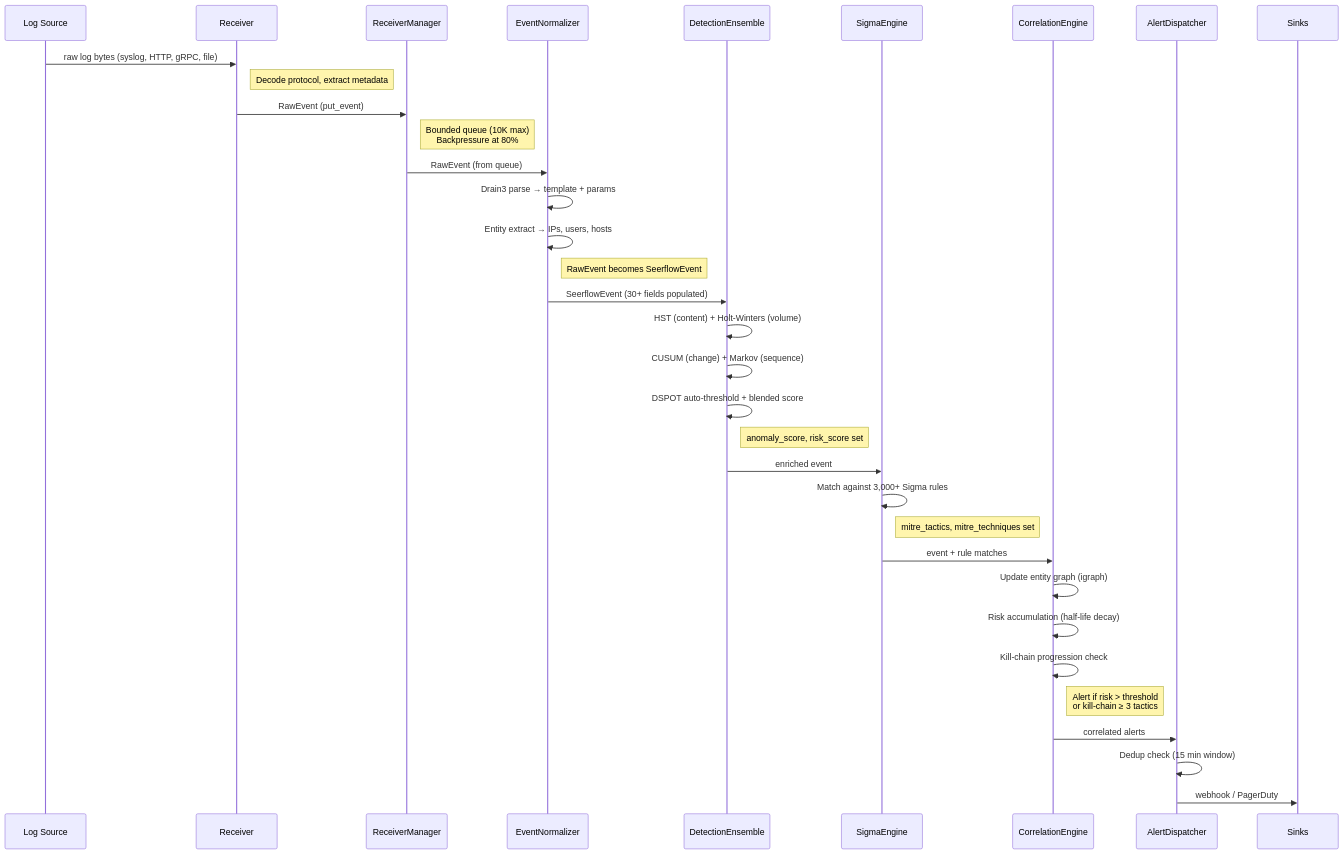
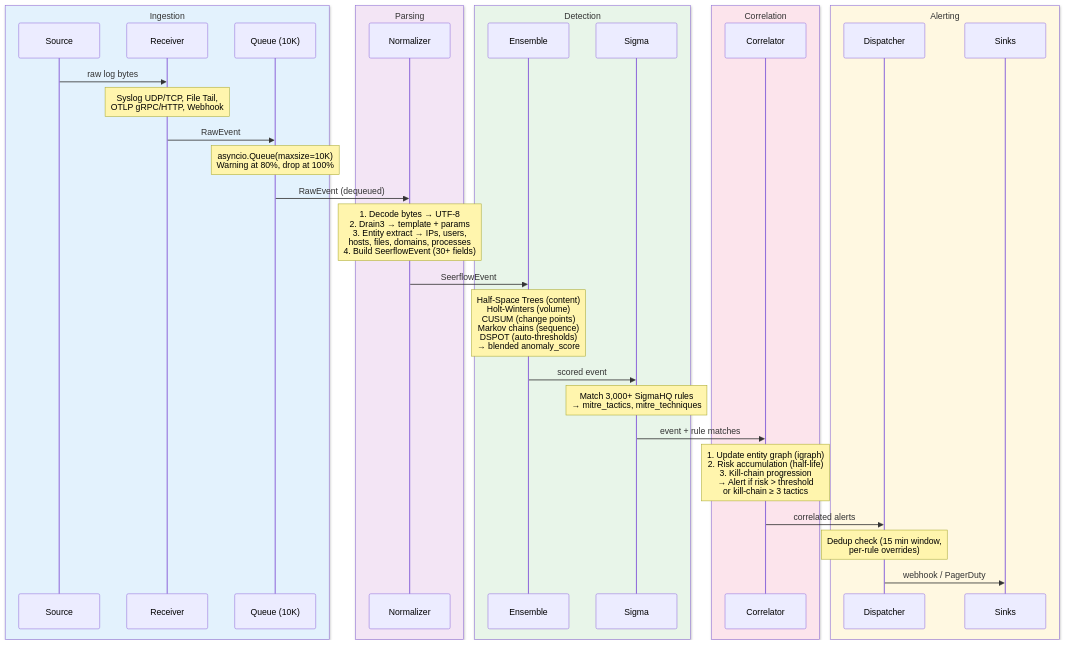
Before and after one commit to seerflow/seerflow-guide: the diagram in docs/architecture/pipeline.md, drawn with Mermaid. The commit also changed 2 other files, not shown here.

Commit message:
fix: diagram readability — larger Pipeline Overview, boxed Event Lifecycle, high-contrast Drain3 tree
- index.md: Pipeline Overview nodes expanded with 3-line descriptions, color-coded per stage
- pipeline.md: Event Lifecycle uses colored participant boxes with detailed Note annotations
- parsing.md: Cluster 42 uses dark green fill with white text (was pale green with invisible text)

````diff
--- a/docs/architecture/pipeline.md
+++ b/docs/architecture/pipeline.md
@@ -29,37 +29,43 @@
 ```mermaid
 sequenceDiagram
-    participant LS as Log Source
-    participant R as Receiver
-    participant RM as ReceiverManager
-    participant N as EventNormalizer
-    participant DE as DetectionEnsemble
-    participant SE as SigmaEngine
-    participant CE as CorrelationEngine
-    participant AD as AlertDispatcher
-    participant S as Sinks
+    box rgb(227,242,253) Ingestion
+        participant Source
+        participant Recv as Receiver
+        participant Queue as Queue (10K)
+    end
+    box rgb(243,229,245) Parsing
+        participant Norm as Normalizer
+    end
+    box rgb(232,245,233) Detection
+        participant Det as Ensemble
+        participant Sigma
+    end
+    box rgb(252,228,236) Correlation
+        participant Corr as Correlator
+    end
+    box rgb(255,248,225) Alerting
+        participant Alert as Dispatcher
+        participant Sink as Sinks
+    end
 
-    LS->>R: raw log bytes (syslog, HTTP, gRPC, file)
-    Note right of R: Decode protocol, extract metadata
-    R->>RM: RawEvent (put_event)
-    Note right of RM: Bounded queue (10K max)<br/>Backpressure at 80%
-    RM->>N: RawEvent (from queue)
-    N->>N: Drain3 parse → template + params
-    N->>N: Entity extract → IPs, users, hosts
-    Note right of N: RawEvent becomes SeerflowEvent
-    N->>DE: SeerflowEvent (30+ fields populated)
-    DE->>DE: HST (content) + Holt-Winters (volume)
-    DE->>DE: CUSUM (change) + Markov (sequence)
-    DE->>DE: DSPOT auto-threshold + blended score
-    Note right of DE: anomaly_score, risk_score set
-    DE->>SE: enriched event
-    SE->>SE: Match against 3,000+ Sigma rules
-    Note right of SE: mitre_tactics, mitre_techniques set
-    SE->>CE: event + rule matches
-    CE->>CE: Update entity graph (igraph)
-    CE->>CE: Risk accumulation (half-life decay)
-    CE->>CE: Kill-chain progression check
-    Note right of CE: Alert if risk > threshold<br/>or kill-chain ≥ 3 tactics
-    CE->>AD: correlated alerts
-    AD->>AD: Dedup check (15 min window)
-    AD->>S: webhook / PagerDuty
+    Source->>Recv: raw log bytes
+    Note over Recv: Syslog UDP/TCP, File Tail,<br/>OTLP gRPC/HTTP, Webhook
+    Recv->>Queue: RawEvent
+    Note over Queue: asyncio.Queue(maxsize=10K)<br/>Warning at 80%, drop at 100%
+
+    Queue->>Norm: RawEvent (dequeued)
+    Note over Norm: 1. Decode bytes → UTF-8<br/>2. Drain3 → template + params<br/>3. Entity extract → IPs, users,<br/>   hosts, files, domains, processes<br/>4. Build SeerflowEvent (30+ fields)
+
+    Norm->>Det: SeerflowEvent
+    Note over Det: Half-Space Trees (content)<br/>Holt-Winters (volume)<br/>CUSUM (change points)<br/>Markov chains (sequence)<br/>DSPOT (auto-thresholds)<br/>→ blended anomaly_score
+
+    Det->>Sigma: scored event
+    Note over Sigma: Match 3,000+ SigmaHQ rules<br/>→ mitre_tactics, mitre_techniques
+
+    Sigma->>Corr: event + rule matches
+    Note over Corr: 1. Update entity graph (igraph)<br/>2. Risk accumulation (half-life)<br/>3. Kill-chain progression<br/>→ Alert if risk > threshold<br/>   or kill-chain ≥ 3 tactics
+
+    Corr->>Alert: correlated alerts
+    Note over Alert: Dedup check (15 min window,<br/>per-rule overrides)
+    Alert->>Sink: webhook / PagerDuty
 ```
````
